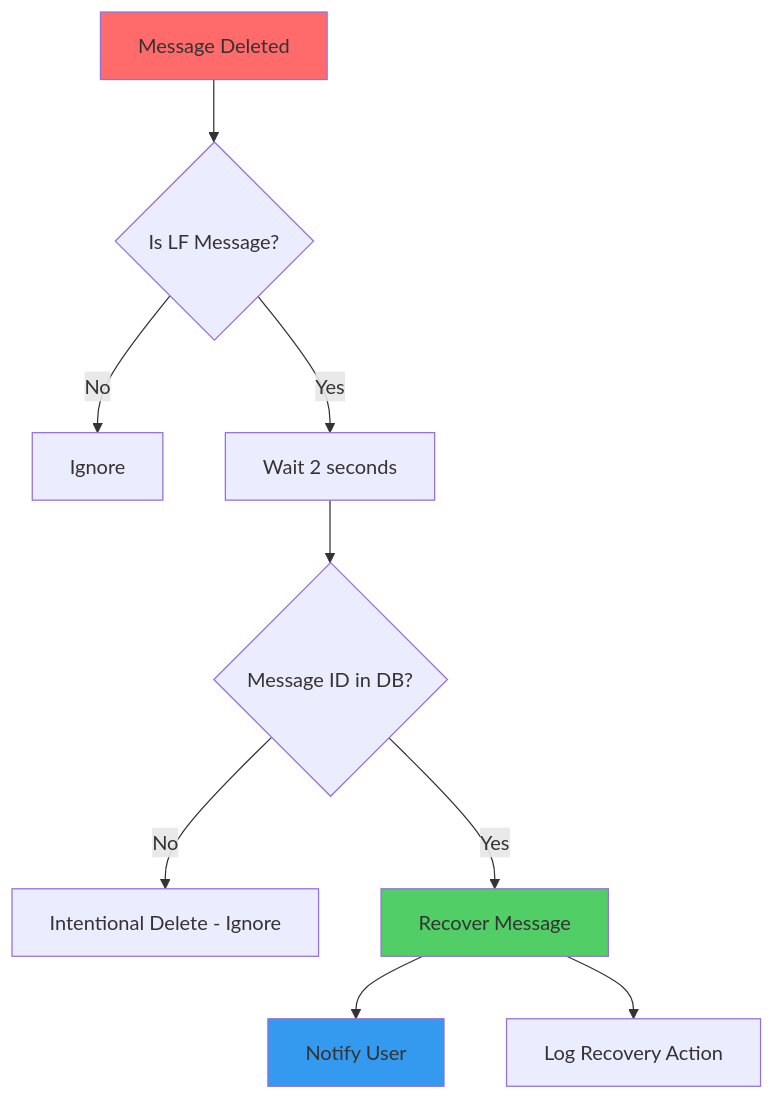
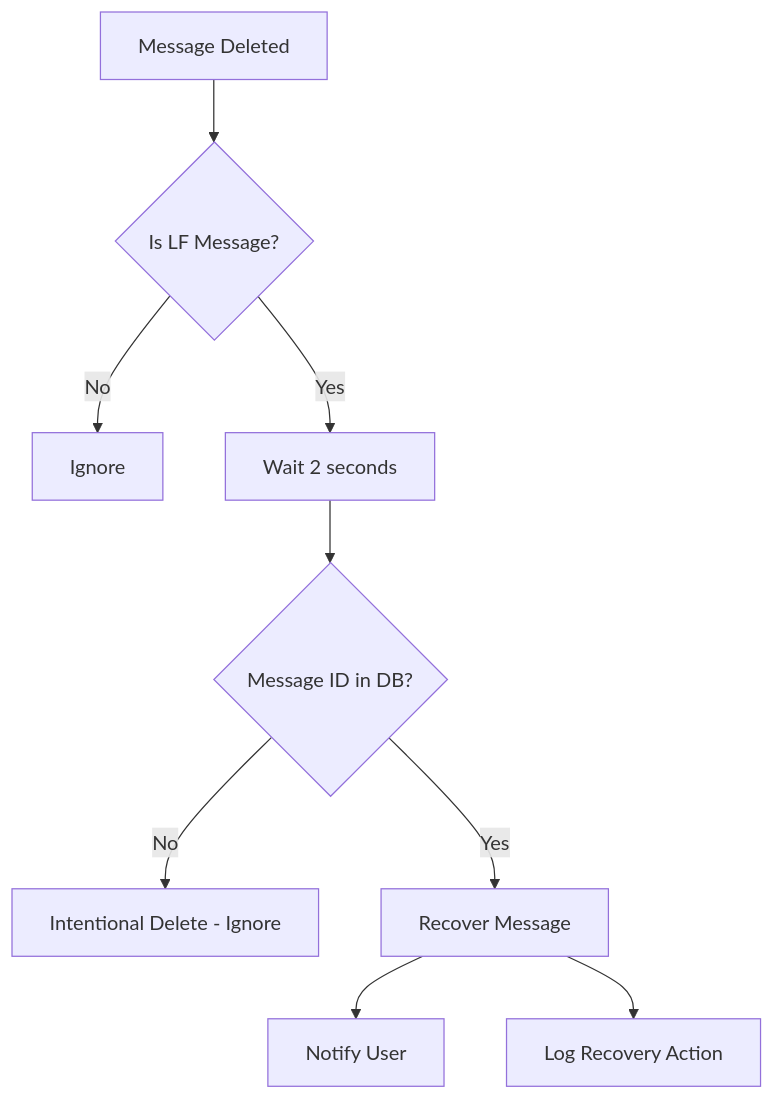
Before and after one commit to MonishKrishna2009/Apatite-Bot: the fourth of 4 diagrams in GitAssets/docs/Lfp-Lft System.md, drawn with Mermaid. The commit also changed other lines of this file, not shown here.

Commit message:
docs: clean up flowchart styles in Lfp-Lft System documentation
- Removed unnecessary style definitions from flowcharts to streamline the documentation.
- Improved readability by eliminating redundant styling elements.

````diff
--- a/GitAssets/docs/Lfp-Lft System.md
+++ b/GitAssets/docs/Lfp-Lft System.md
@@ -595,15 +591,11 @@
 ```mermaid
 flowchart TD
     A[Message Deleted] --> B{Is LF Message?}
     B -- No --> C[Ignore]
     B -- Yes --> D[Wait 2 seconds]
     D --> E{Message ID in DB?}
     E -- No --> F[Intentional Delete - Ignore]
     E -- Yes --> G[Recover Message]
     G --> H[Notify User]
     G --> I[Log Recovery Action]
-    
-    style A fill:#ff6b6b
-    style G fill:#51cf66
-    style H fill:#339af0
 ```
````
